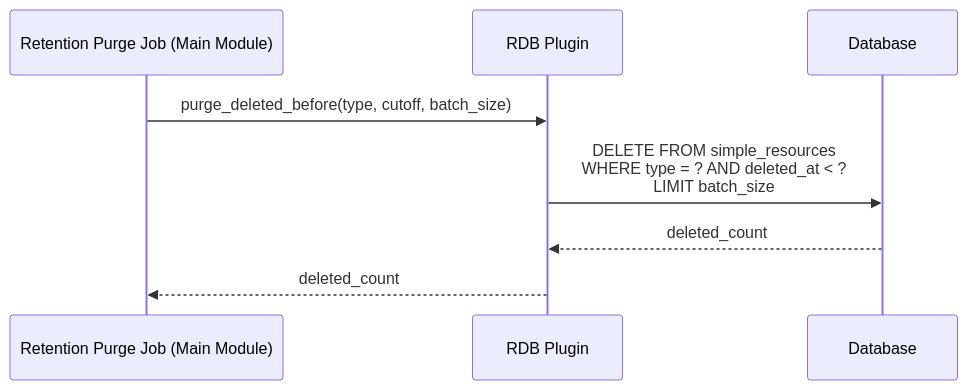
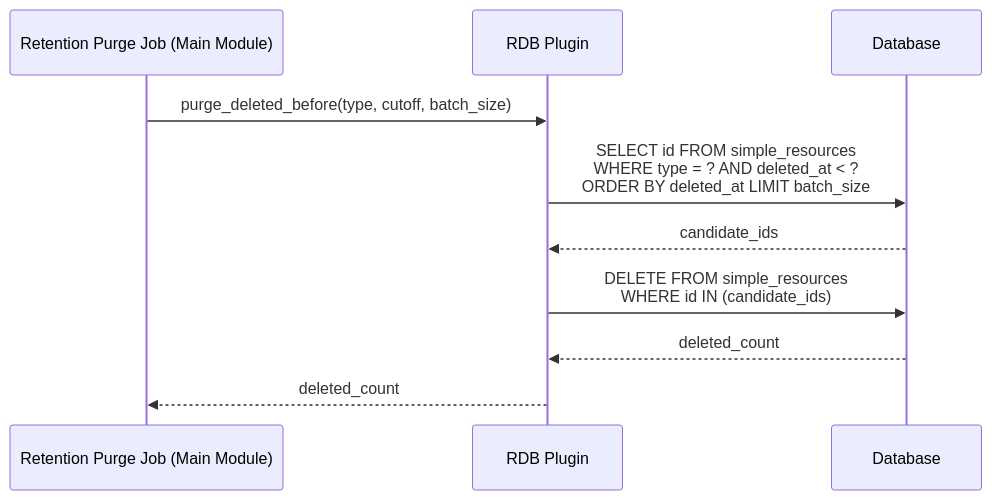
Before and after one commit to Artifizer/cyberfabric-core: the fourth of 4 diagrams in modules/simple-resource-registry/plugins/srr-rdb-plugin/docs/DESIGN.md, drawn with Mermaid. The commit also changed other lines of this file and 1 other file, not shown here.

````diff
--- a/modules/simple-resource-registry/plugins/srr-rdb-plugin/docs/DESIGN.md
+++ b/modules/simple-resource-registry/plugins/srr-rdb-plugin/docs/DESIGN.md
@@ -213,11 +213,13 @@
 ```mermaid
 sequenceDiagram
     participant Job as Retention Purge Job (Main Module)
     participant Plugin as RDB Plugin
     participant DB as Database
 
     Job->>Plugin: purge_deleted_before(type, cutoff, batch_size)
-    Plugin->>DB: DELETE FROM simple_resources<br/>WHERE type = ? AND deleted_at < ?<br/>LIMIT batch_size
+    Plugin->>DB: SELECT id FROM simple_resources<br/>WHERE type = ? AND deleted_at < ?<br/>ORDER BY deleted_at LIMIT batch_size
+    DB-->>Plugin: candidate_ids
+    Plugin->>DB: DELETE FROM simple_resources<br/>WHERE id IN (candidate_ids)
     DB-->>Plugin: deleted_count
     Plugin-->>Job: deleted_count
 ```
````
